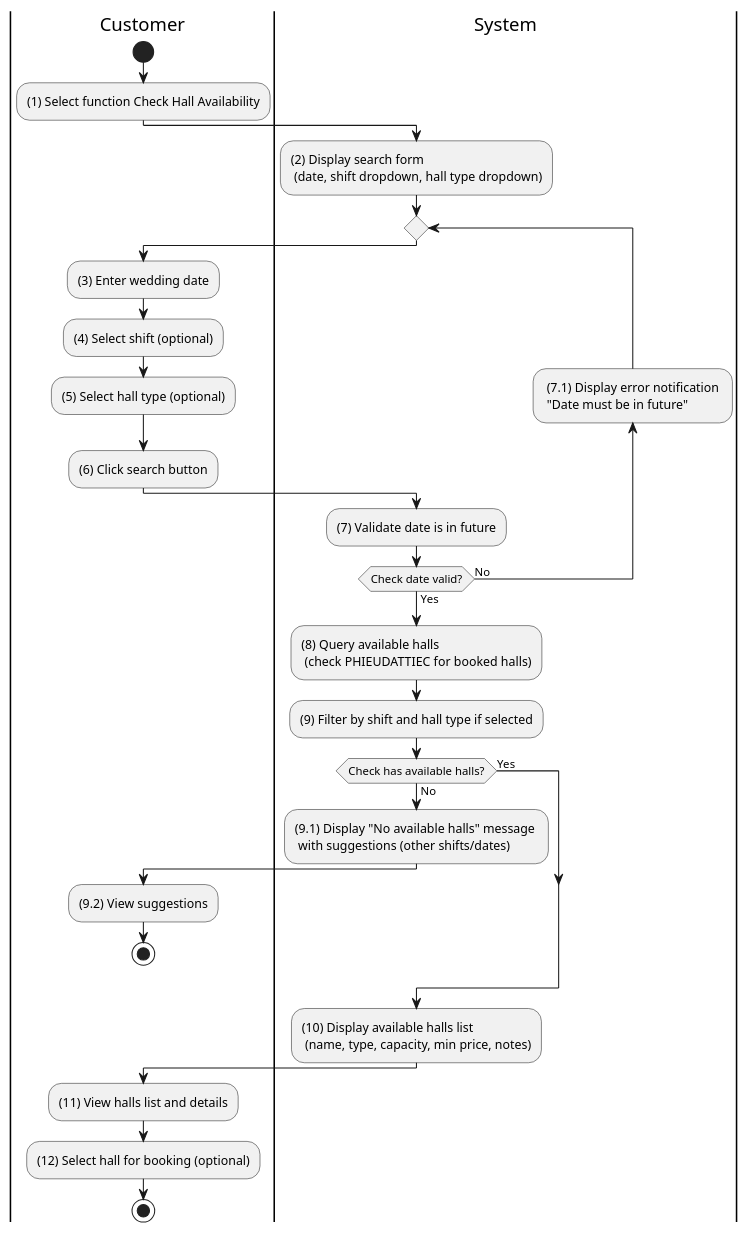
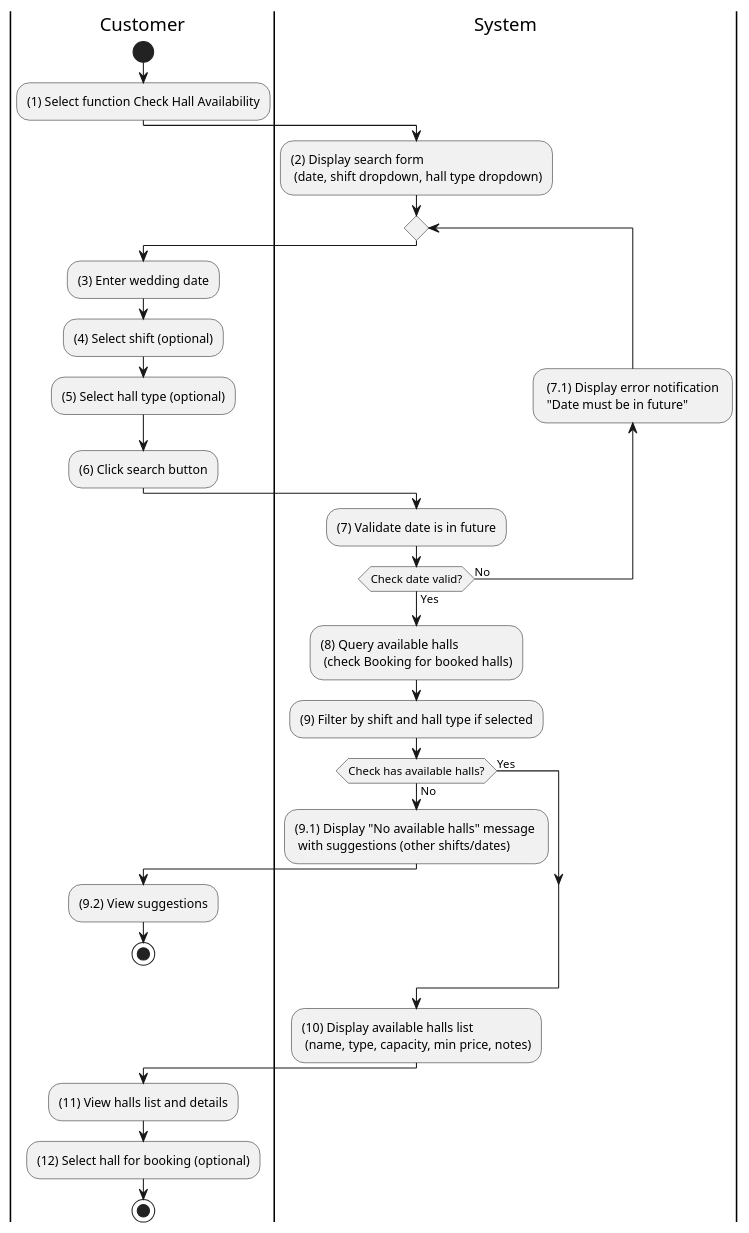
One commit to se113-wm/se113-wm.github.io changed the diagram in docs/docs/activity for wedding management system/customer-bookings/check-hall-availability.md. Above: the diagram before and after it, drawn with PlantUML. The commit also changed 64 other files, not shown here.

````diff
--- a/docs/docs/activity for wedding management system/customer-bookings/check-hall-availability.md
+++ b/docs/docs/activity for wedding management system/customer-bookings/check-hall-availability.md
@@ -3,48 +3,48 @@
 ```plantuml
 @startuml
 |C|Customer
 |Sys|System
 
 |C|
 start
 
 :(1) Select function Check Hall Availability;
 
 |Sys|
 :(2) Display search form \n (date, shift dropdown, hall type dropdown);
 
 repeat
 	|C|
 	:(3) Enter wedding date;
 	:(4) Select shift (optional);
 	:(5) Select hall type (optional);
 	:(6) Click search button;
 
 	|Sys|
 	:(7) Validate date is in future;
 	backward: (7.1) Display error notification \n "Date must be in future";
 repeat while (Check date valid?) is (No) not (Yes)
 
 |Sys|
-:(8) Query available halls \n (check PHIEUDATTIEC for booked halls);
+:(8) Query available halls \n (check Booking for booked halls);
 :(9) Filter by shift and hall type if selected;
 
 if (Check has available halls?) then (No)
 	:(9.1) Display "No available halls" message \n with suggestions (other shifts/dates);
 	|C|
 	:(9.2) View suggestions;
 	stop
 else (Yes)
 endif
 
 |Sys|
 :(10) Display available halls list \n (name, type, capacity, min price, notes);
 
 |C|
 :(11) View halls list and details;
 :(12) Select hall for booking (optional);
 
 stop
 
 @enduml
 ```
````
